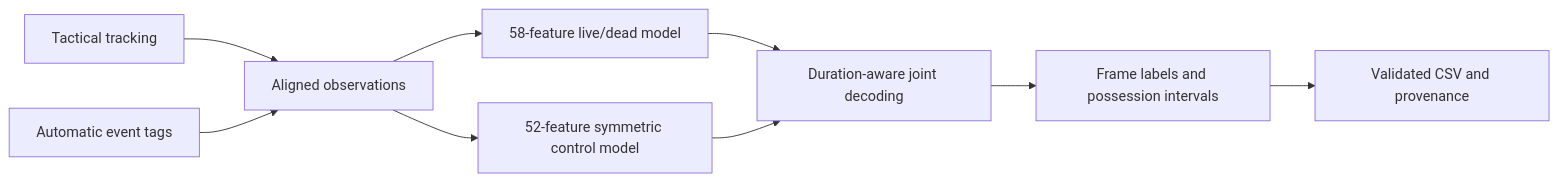
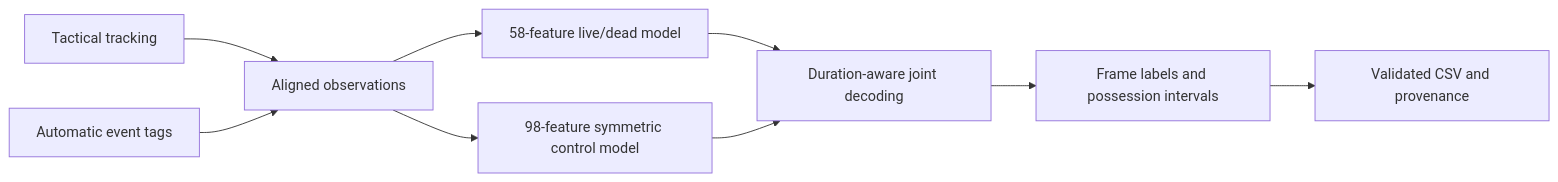
One commit to sumyat7313/xtension-labs-possessionflow changed the diagram in README.md. Above: the diagram before and after it, drawn with Mermaid. The commit also changed other lines of this file and 32 other files, not shown here.

````diff
--- a/README.md
+++ b/README.md
@@ -97,11 +93,11 @@
 ```mermaid
 flowchart LR
     A[Tactical tracking] --> C[Aligned observations]
     B[Automatic event tags] --> C
     C --> D[58-feature live/dead model]
-    C --> E[52-feature symmetric control model]
+    C --> E[98-feature symmetric control model]
     D --> F[Duration-aware joint decoding]
     E --> F
     F --> G[Frame labels and possession intervals]
     G --> H[Validated CSV and provenance]
 ```
````
